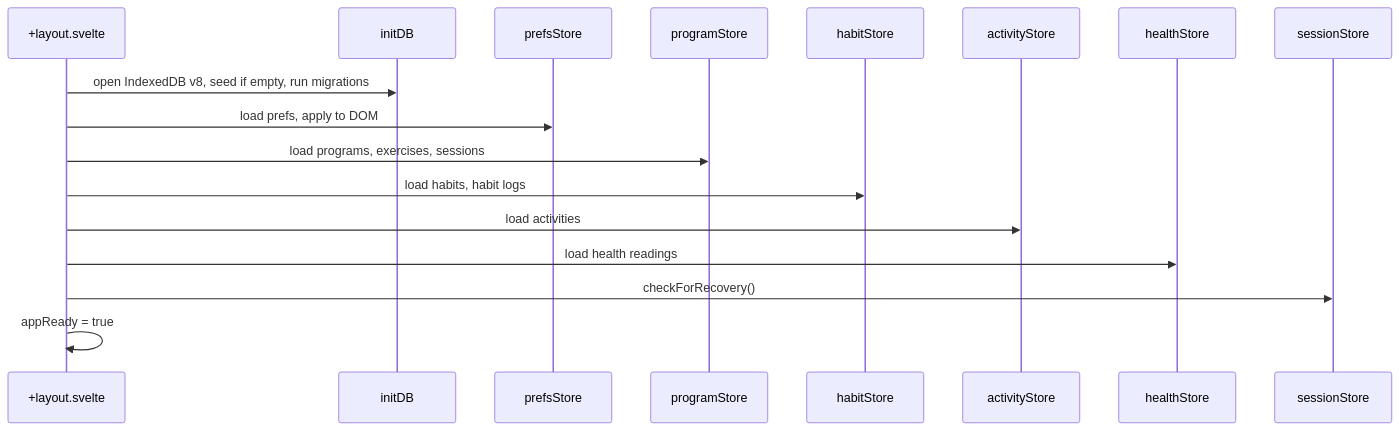
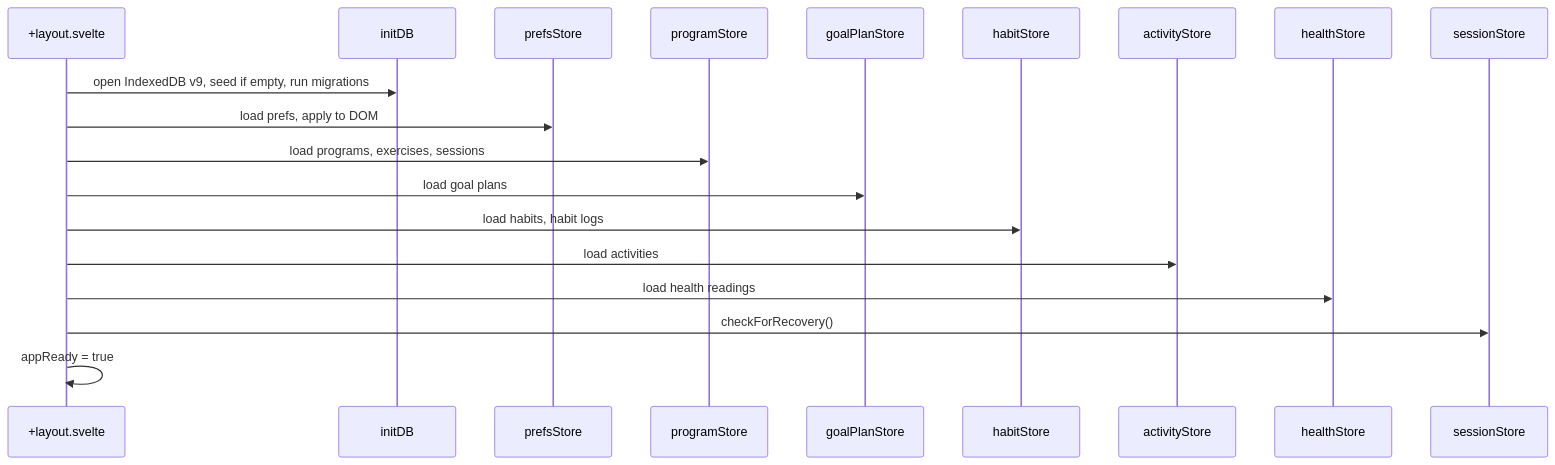
The second of 2 diagrams in docs/implementation/app-structure.md (jermbo/CosmicWorkOut), drawn with Mermaid before and after one commit. The commit also changed other lines of this file and 19 other files, not shown here.

First line of the commit message:
Enhance goal progression plans feature for v1.9.0

````diff
--- a/docs/implementation/app-structure.md
+++ b/docs/implementation/app-structure.md
@@ -74,20 +77,22 @@
 ```mermaid
 sequenceDiagram
     participant L as +layout.svelte
     participant DB as initDB
     participant P as prefsStore
     participant Prog as programStore
+    participant GP as goalPlanStore
     participant H as habitStore
     participant A as activityStore
     participant He as healthStore
     participant S as sessionStore
 
-    L->>DB: open IndexedDB v8, seed if empty, run migrations
+    L->>DB: open IndexedDB v9, seed if empty, run migrations
     L->>P: load prefs, apply to DOM
     L->>Prog: load programs, exercises, sessions
+    L->>GP: load goal plans
     L->>H: load habits, habit logs
     L->>A: load activities
     L->>He: load health readings
     L->>S: checkForRecovery()
     L->>L: appReady = true
 ```
````
